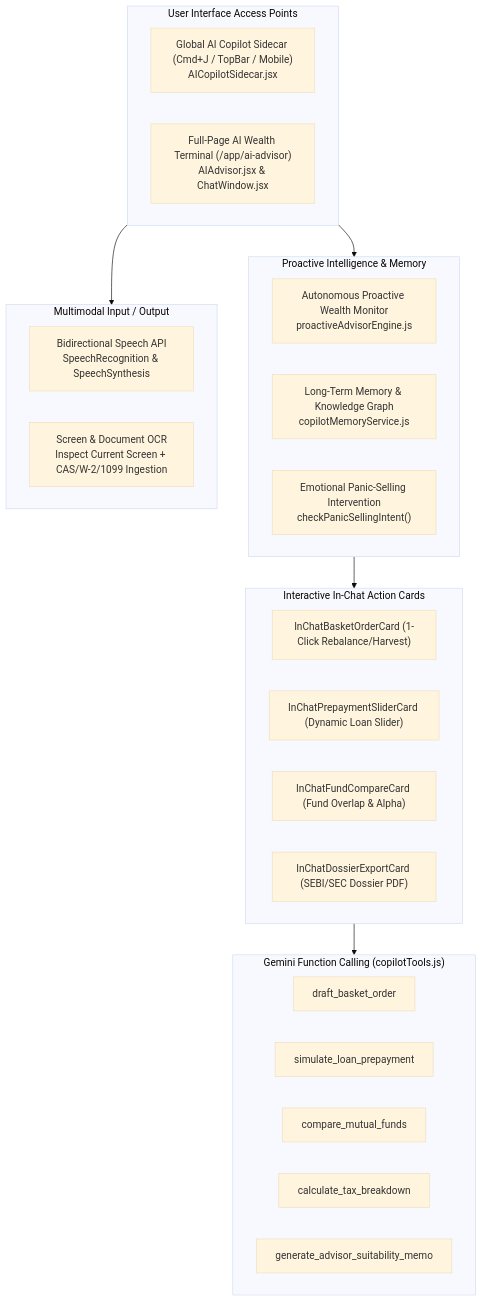
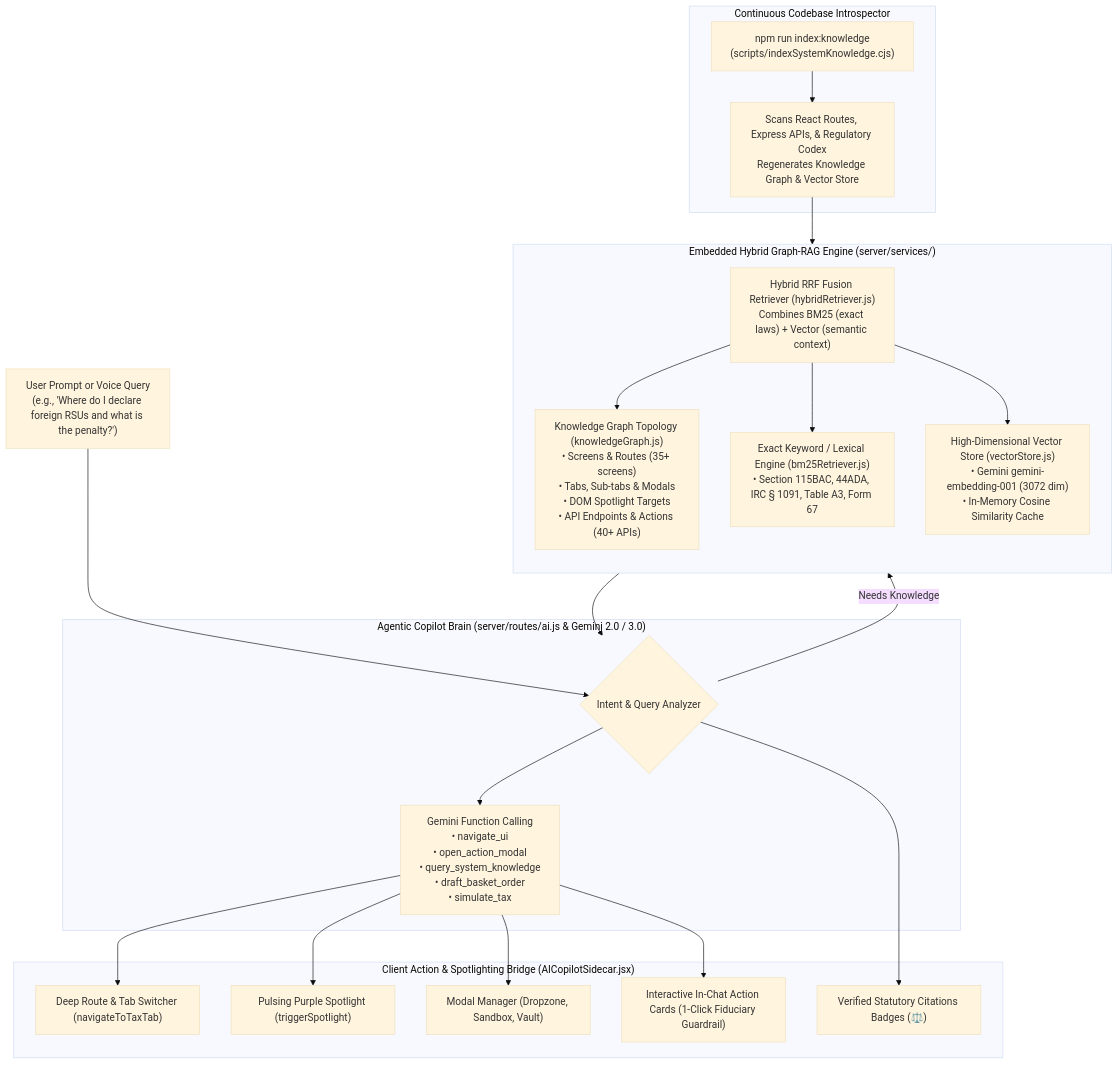
Before and after one commit to adityachowdhuryin/Finagent: the second of 3 diagrams in README.md, drawn with Mermaid (base theme). The commit also changed other lines of this file, not shown here.

Commit message:
docs: bring README up to date with hybrid graph-RAG, 8 agentic navigation pillars, zen mode & introspector CLI

````diff
--- a/README.md
+++ b/README.md
@@ -347,38 +357,44 @@
 ```mermaid
 flowchart TD
-    subgraph UI_Layer ["User Interface Access Points"]
-        Sidecar["Global AI Copilot Sidecar (Cmd+J / TopBar / Mobile)<br/>AICopilotSidecar.jsx"]
-        FullTerminal["Full-Page AI Wealth Terminal (/app/ai-advisor)<br/>AIAdvisor.jsx & ChatWindow.jsx"]
+    UserQuery["User Prompt or Voice Query\n(e.g., 'Where do I declare foreign RSUs and what is the penalty?')"]
+    
+    subgraph Core ["Agentic Copilot Brain (server/routes/ai.js & Gemini 2.0 / 3.0)"]
+        IntentRouter{"Intent & Query Analyzer"}
+        GeminiTools["Gemini Function Calling\n• navigate_ui\n• open_action_modal\n• query_system_knowledge\n• draft_basket_order\n• simulate_tax"]
     end
 
-    subgraph Intelligence_Engines ["Proactive Intelligence & Memory"]
-        Proactive["Autonomous Proactive Wealth Monitor<br/>proactiveAdvisorEngine.js"]
-        Memory["Long-Term Memory & Knowledge Graph<br/>copilotMemoryService.js"]
-        Panic["Emotional Panic-Selling Intervention<br/>checkPanicSellingIntent()"]
+    subgraph KnowledgeLayer ["Embedded Hybrid Graph-RAG Engine (server/services/)"]
+        direction TB
+        KnowledgeGraph["Knowledge Graph Topology (knowledgeGraph.js)\n• Screens & Routes (35+ screens)\n• Tabs, Sub-tabs & Modals\n• DOM Spotlight Targets\n• API Endpoints & Actions (40+ APIs)"]
+        BM25["Exact Keyword / Lexical Engine (bm25Retriever.js)\n• Section 115BAC, 44ADA, IRC § 1091, Table A3, Form 67"]
+        VectorStore["High-Dimensional Vector Store (vectorStore.js)\n• Gemini gemini-embedding-001 (3072 dim)\n• In-Memory Cosine Similarity Cache"]
+        HybridRetriever["Hybrid RRF Fusion Retriever (hybridRetriever.js)\nCombines BM25 (exact laws) + Vector (semantic context)"]
     end
 
-    subgraph Multimodal_IO ["Multimodal Input / Output"]
-        Voice["Bidirectional Speech API<br/>SpeechRecognition & SpeechSynthesis"]
-        Vision["Screen & Document OCR<br/>Inspect Current Screen + CAS/W-2/1099 Ingestion"]
+    subgraph ClientExecution ["Client Action & Spotlighting Bridge (AICopilotSidecar.jsx)"]
+        NavEngine["Deep Route & Tab Switcher (navigateToTaxTab)"]
+        Spotlight["Pulsing Purple Spotlight (triggerSpotlight)"]
+        ModalManager["Modal Manager (Dropzone, Sandbox, Vault)"]
+        ActionCards["Interactive In-Chat Action Cards (1-Click Fiduciary Guardrail)"]
+        CitationBadges["Verified Statutory Citations Badges (⚖️)"]
     end
 
-    subgraph Execution_Cards ["Interactive In-Chat Action Cards"]
-        Card1["InChatBasketOrderCard (1-Click Rebalance/Harvest)"]
-        Card2["InChatPrepaymentSliderCard (Dynamic Loan Slider)"]
-        Card3["InChatFundCompareCard (Fund Overlap & Alpha)"]
-        Card4["InChatDossierExportCard (SEBI/SEC Dossier PDF)"]
+    subgraph Tooling ["Continuous Codebase Introspector"]
+        CLI["npm run index:knowledge\n(scripts/indexSystemKnowledge.cjs)"]
+        AutoSync["Scans React Routes, Express APIs, & Regulatory Codex\nRegenerates Knowledge Graph & Vector Store"]
     end
 
-    subgraph Backend_Tools ["Gemini Function Calling (copilotTools.js)"]
-        Tool1["draft_basket_order"]
-        Tool2["simulate_loan_prepayment"]
-        Tool3["compare_mutual_funds"]
-        Tool4["calculate_tax_breakdown"]
-        Tool5["generate_advisor_suitability_memo"]
-    end
-
-    UI_Layer --> Intelligence_Engines
-    UI_Layer --> Multimodal_IO
-    Intelligence_Engines --> Execution_Cards
-    Execution_Cards --> Backend_Tools
+    UserQuery --> IntentRouter
+    IntentRouter -->|Needs Knowledge| HybridRetriever
+    HybridRetriever --> BM25
+    HybridRetriever --> VectorStore
+    HybridRetriever --> KnowledgeGraph
+    HybridRetriever --> IntentRouter
+    IntentRouter --> GeminiTools
+    GeminiTools --> NavEngine
+    GeminiTools --> Spotlight
+    GeminiTools --> ModalManager
+    GeminiTools --> ActionCards
+    IntentRouter --> CitationBadges
+    CLI --> AutoSync --> KnowledgeLayer
 ```
````
